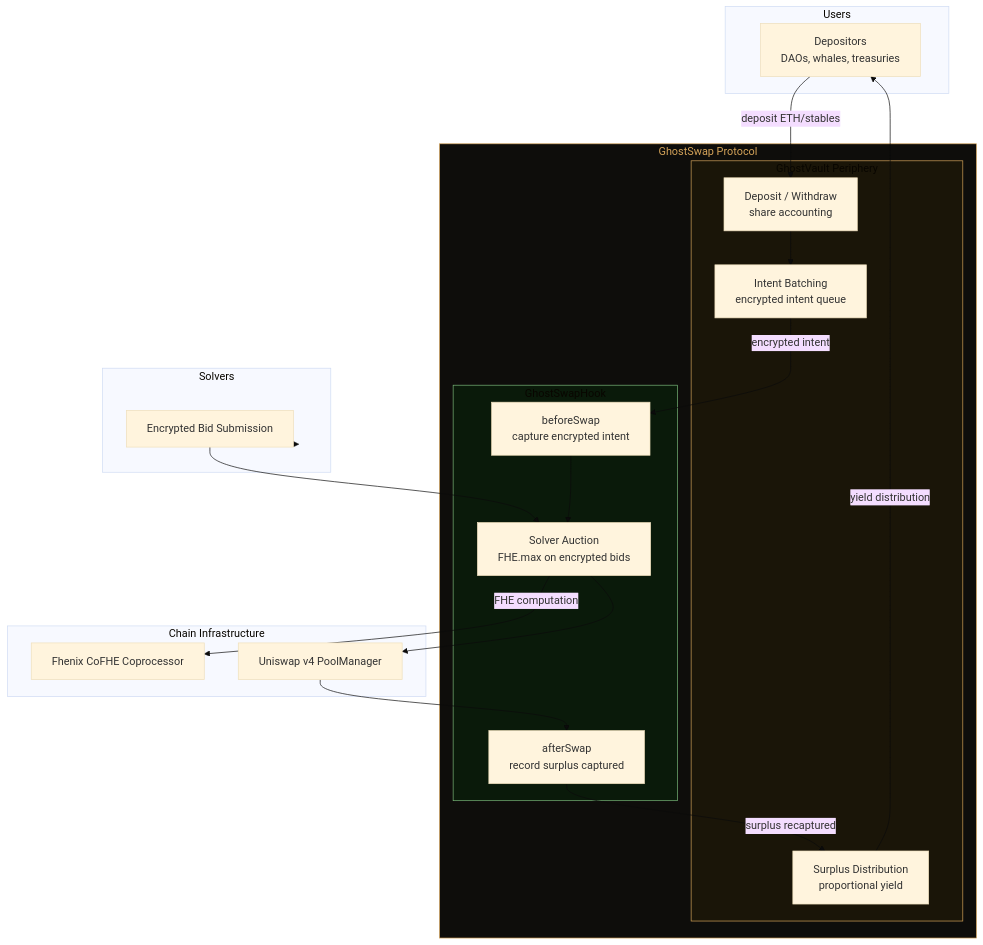
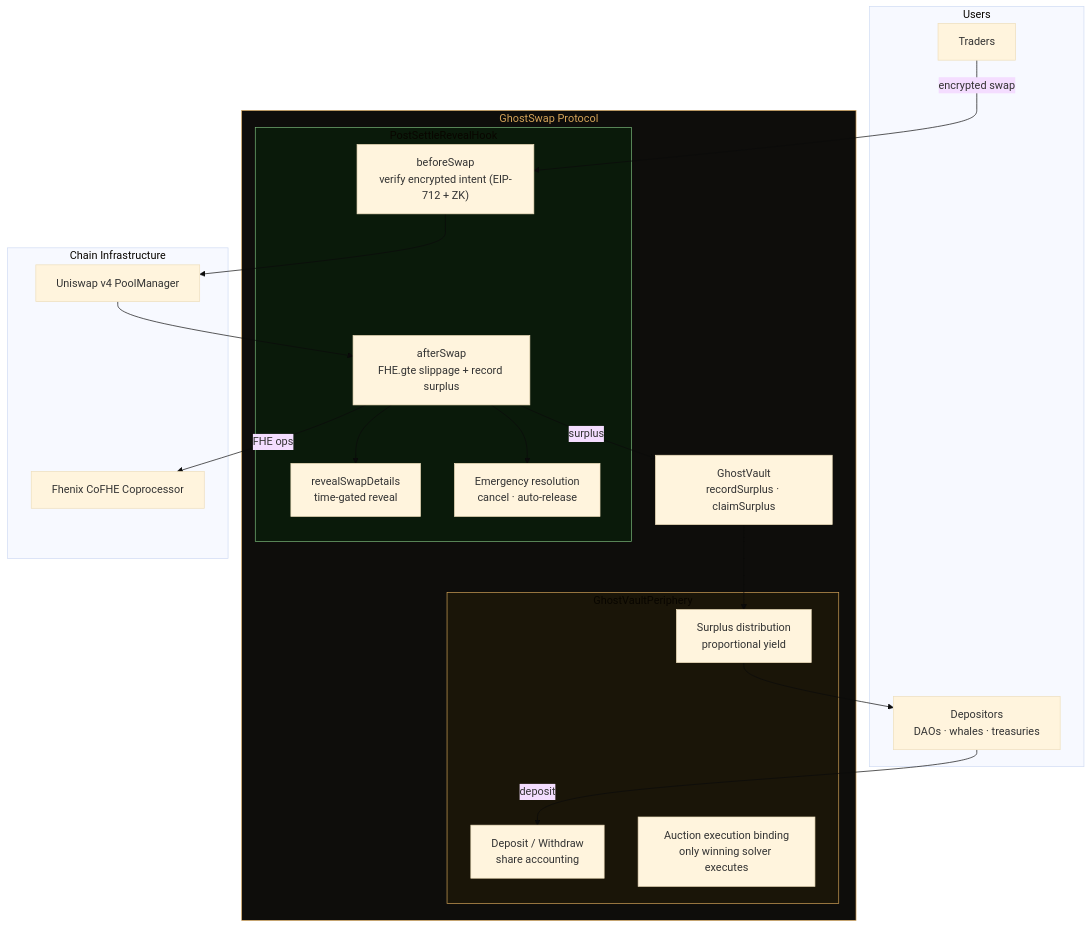
The first of 6 diagrams in README.md (anxbt/GhostSwap), drawn with Mermaid (base theme) before and after one commit. The commit also changed other lines of this file, not shown here.

````diff
--- a/README.md
+++ b/README.md
@@ -54,44 +60,41 @@
 ```mermaid
 graph TB
     subgraph Users["Users"]
-        D["Depositors<br/>DAOs, whales, treasuries"]
+        D["Depositors<br/>DAOs · whales · treasuries"]
+        T["Traders"]
     end
 
     subgraph Protocol["GhostSwap Protocol"]
-        subgraph Periphery["GhostVault Periphery"]
+        subgraph Periphery["GhostVaultPeriphery"]
             DEP["Deposit / Withdraw<br/>share accounting"]
-            BATCH["Intent Batching<br/>encrypted intent queue"]
-            YIELD["Surplus Distribution<br/>proportional yield"]
+            BIND["Auction execution binding<br/>only winning solver executes"]
+            YIELD["Surplus distribution<br/>proportional yield"]
         end
-
-        subgraph HookLayer["GhostSwapHook"]
-            BS["beforeSwap<br/>capture encrypted intent"]
-            AS["afterSwap<br/>record surplus captured"]
-            AUCTION["Solver Auction<br/>FHE.max on encrypted bids"]
+        subgraph HookLayer["PostSettleRevealHook"]
+            BS["beforeSwap<br/>verify encrypted intent (EIP-712 + ZK)"]
+            AS["afterSwap<br/>FHE.gte slippage + record surplus"]
+            REV["revealSwapDetails<br/>time-gated reveal"]
+            EMG["Emergency resolution<br/>cancel · auto-release"]
         end
+        VAULT["GhostVault<br/>recordSurplus · claimSurplus"]
     end
 
     subgraph Chain["Chain Infrastructure"]
         PM["Uniswap v4 PoolManager"]
         COFHE["Fhenix CoFHE Coprocessor"]
     end
 
-    subgraph Solvers["Solvers"]
-        S["Encrypted Bid Submission"]
-    end
-
-    D -->|deposit ETH/stables| DEP
-    DEP --> BATCH
-    BATCH -->|encrypted intent| BS
-    BS --> AUCTION
-    AUCTION -->|FHE computation| COFHE
-    Solvers --> S --> AUCTION
-    AUCTION --> PM
+    T -->|encrypted swap| BS
+    D -->|deposit| DEP
+    BS --> PM
     PM --> AS
-    AS -->|surplus recaptured| YIELD
-    YIELD -->|yield distribution| D
+    AS -->|FHE ops| COFHE
+    AS -->|surplus| VAULT
+    VAULT --> YIELD --> D
+    AS --> REV
+    AS --> EMG
 
     style Protocol fill:#0e0d0b,stroke:#d4a359,color:#d4a359
     style Periphery fill:#1a1508,stroke:#d4a359
     style HookLayer fill:#0a1a0a,stroke:#7ab87a
 ```
````
